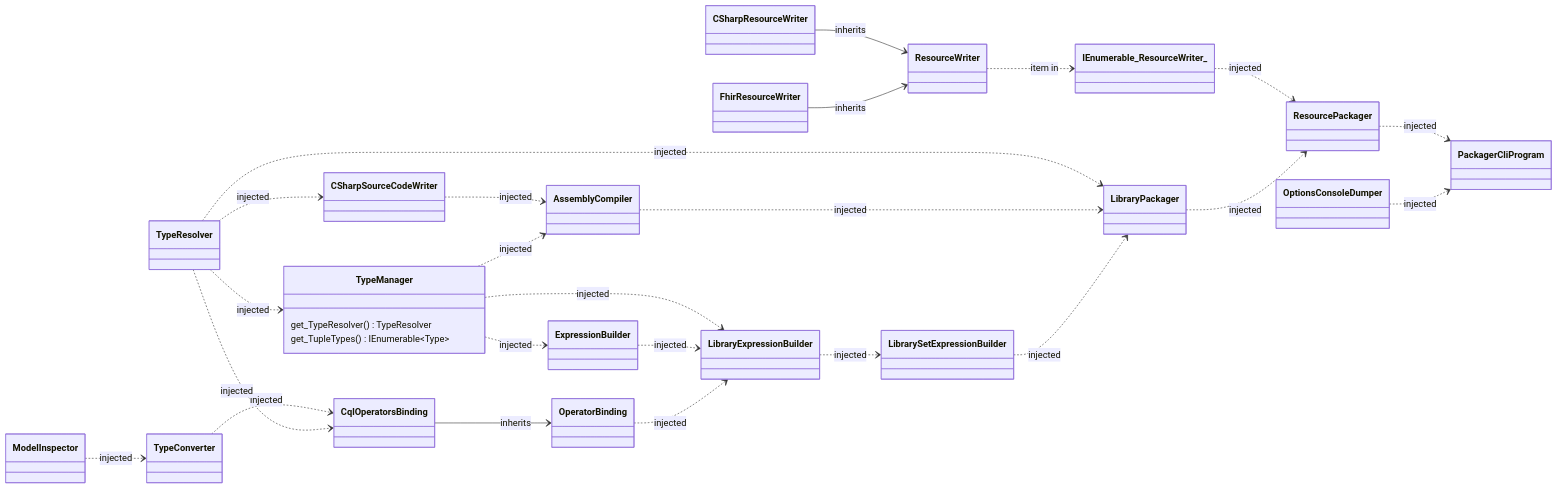
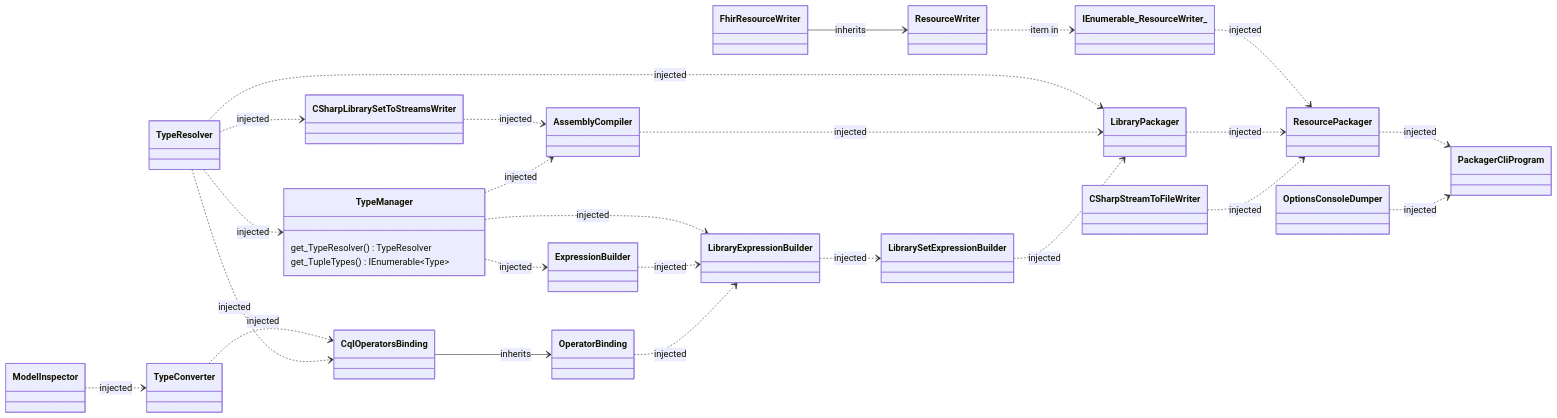
The second of 2 diagrams in docs/packager-cli-dependency-graph.md (FirelyTeam/firely-cql-sdk), drawn with Mermaid before and after one commit. The commit also changed 8 other files, not shown here.

Commit message:
Add CSharpStreamToFileWriter. Rename CSharpSourceCodeWriter to CSharlLibrarySetToStreamsWriter

````diff
--- a/docs/packager-cli-dependency-graph.md
+++ b/docs/packager-cli-dependency-graph.md
@@ -81,52 +81,52 @@
 ```mermaid
 classDiagram
     direction LR
 
     class TypeManager {
         get_TypeResolver() TypeResolver
         get_TupleTypes() IEnumerable~Type~
     }
 
     %% HACK: Mermaid doesnt support commas withing generic, so use a similar looking character (﹐)
 
     %% Inheritance  
     CqlOperatorsBinding --> OperatorBinding : inherits
-    CSharpResourceWriter --> ResourceWriter : inherits
     FhirResourceWriter --> ResourceWriter : inherits
 
     %% Injected Dependencies
-    CSharpSourceCodeWriter ..> AssemblyCompiler : injected
+    CSharpLibrarySetToStreamsWriter ..> AssemblyCompiler : injected
     TypeManager ..> AssemblyCompiler : injected
 
     TypeManager ..> ExpressionBuilder : injected
 
     ResourcePackager ..> PackagerCliProgram : injected 
     OptionsConsoleDumper ..> PackagerCliProgram : injected 
     
 
     TypeConverter ..> CqlOperatorsBinding : injected         
     TypeResolver ..> CqlOperatorsBinding : injected    
 
     ModelInspector ..> TypeConverter : injected  
 
     TypeResolver ..> TypeManager : injected
 
     TypeResolver ..> LibraryPackager : injected
     AssemblyCompiler ..> LibraryPackager : injected
     LibrarySetExpressionBuilder ..> LibraryPackager : injected
     
-    TypeResolver ..> CSharpSourceCodeWriter : injected
+    TypeResolver ..> CSharpLibrarySetToStreamsWriter : injected
 
     TypeManager ..> LibraryExpressionBuilder : injected
     ExpressionBuilder ..> LibraryExpressionBuilder : injected
     OperatorBinding ..> LibraryExpressionBuilder : injected
 
     LibraryExpressionBuilder ..> LibrarySetExpressionBuilder : injected
 
+    IEnumerable_ResourceWriter_ ..> ResourcePackager : injected 
+    LibraryPackager ..> ResourcePackager : injected
+    CSharpStreamToFileWriter ..> ResourcePackager : injected
+
     %% Rest
     ResourceWriter ..> IEnumerable_ResourceWriter_ : item in
 
-    %% Obsolete
-    IEnumerable_ResourceWriter_ ..> ResourcePackager : injected 
-    LibraryPackager ..> ResourcePackager : injected
 ```
````
